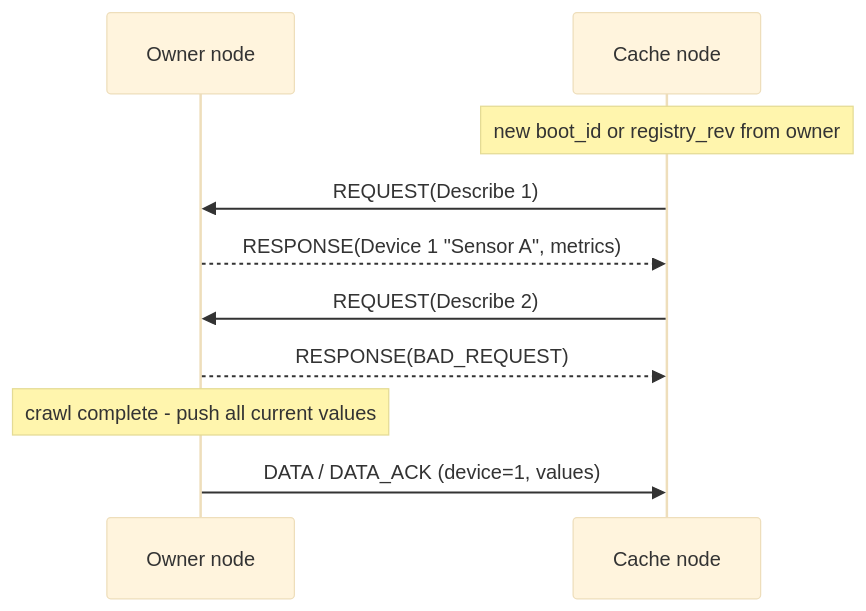
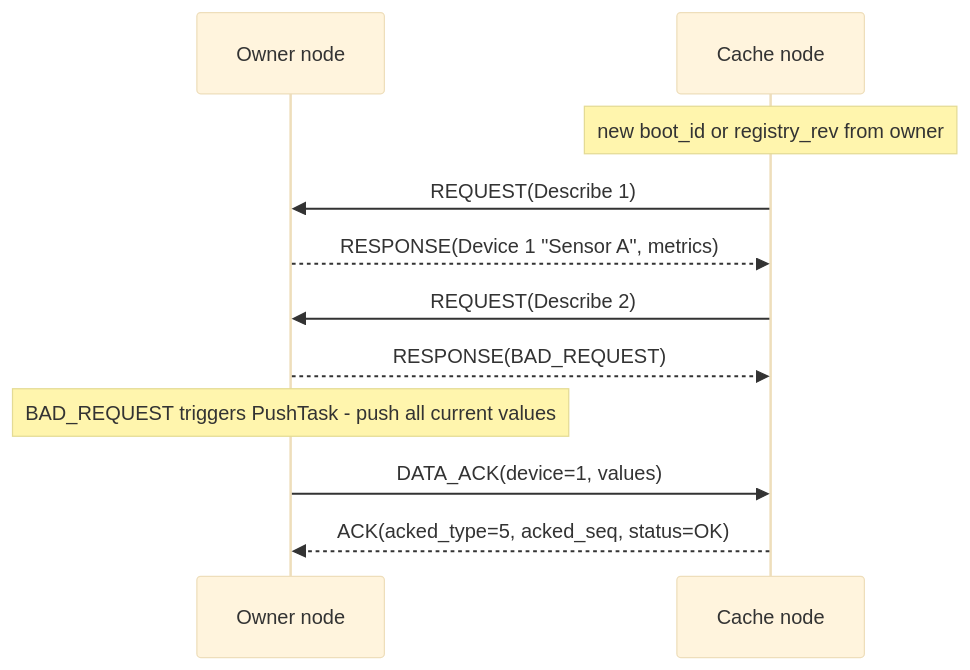
One commit to Warpguru/LoRaIoT changed the fourth of 9 diagrams in doc/LoRaProtocol.md. Above: the diagram before and after it, drawn with Mermaid (base theme). The commit also changed other lines of this file and 36 other files, not shown here.

````diff
--- a/doc/LoRaProtocol.md
+++ b/doc/LoRaProtocol.md
@@ -544,12 +545,13 @@
 ```mermaid
 sequenceDiagram
     participant owner as Owner node
     participant cache as Cache node
     Note over cache: new boot_id or registry_rev from owner
     cache->>owner: REQUEST(Describe 1)
     owner-->>cache: RESPONSE(Device 1 "Sensor A", metrics)
     cache->>owner: REQUEST(Describe 2)
     owner-->>cache: RESPONSE(BAD_REQUEST)
-    Note over owner: crawl complete - push all current values
-    owner->>cache: DATA / DATA_ACK (device=1, values)
+    Note over owner: BAD_REQUEST triggers PushTask - push all current values
+    owner->>cache: DATA_ACK(device=1, values)
+    cache-->>owner: ACK(acked_type=5, acked_seq, status=OK)
 ```
````
